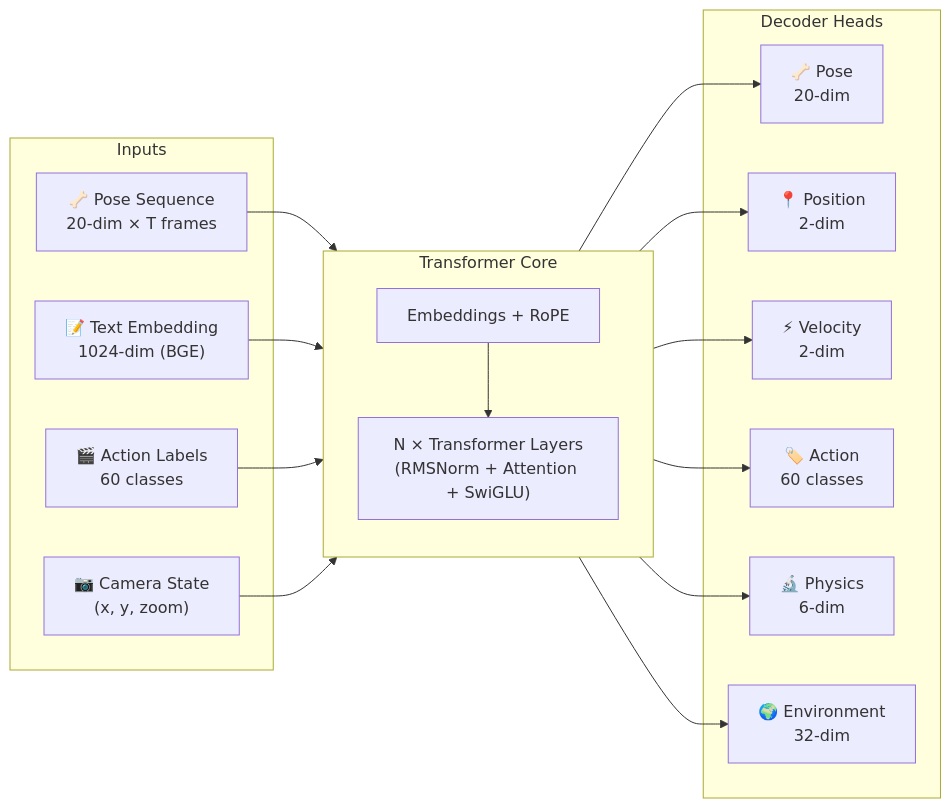
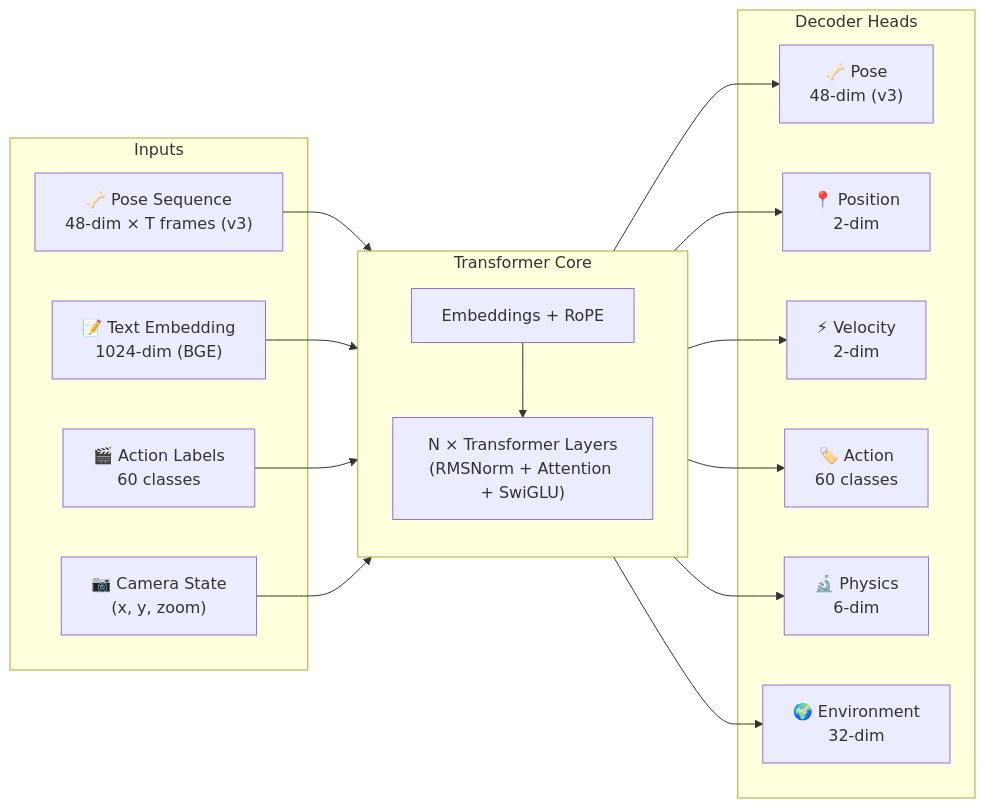
One commit to gestura-ai/stick-gen changed the sixth of 9 diagrams in README.md. Above: the diagram before and after it, drawn with Mermaid. The commit also changed other lines of this file and 78 other files, not shown here.

````diff
--- a/README.md
+++ b/README.md
@@ -523,36 +523,36 @@
 ```mermaid
 flowchart LR
     subgraph INPUTS["Inputs"]
-        P["🦴 Pose Sequence<br/>20-dim × T frames"]
+        P["🦴 Pose Sequence<br/>48-dim × T frames (v3)"]
         T["📝 Text Embedding<br/>1024-dim (BGE)"]
         A["🎬 Action Labels<br/>60 classes"]
         C["📷 Camera State<br/>(x, y, zoom)"]
     end
 
     subgraph TRANSFORMER["Transformer Core"]
         direction TB
         EMB["Embeddings + RoPE"]
         LAYERS["N × Transformer Layers<br/>(RMSNorm + Attention + SwiGLU)"]
         EMB --> LAYERS
     end
 
     subgraph OUTPUTS["Decoder Heads"]
-        H1["🦴 Pose<br/>20-dim"]
+        H1["🦴 Pose<br/>48-dim (v3)"]
         H2["📍 Position<br/>2-dim"]
         H3["⚡ Velocity<br/>2-dim"]
         H4["🏷️ Action<br/>60 classes"]
         H5["🔬 Physics<br/>6-dim"]
         H6["🌍 Environment<br/>32-dim"]
     end
 
     P --> TRANSFORMER
     T --> TRANSFORMER
     A --> TRANSFORMER
     C --> TRANSFORMER
     TRANSFORMER --> H1
     TRANSFORMER --> H2
     TRANSFORMER --> H3
     TRANSFORMER --> H4
     TRANSFORMER --> H5
     TRANSFORMER --> H6
 ```
````
